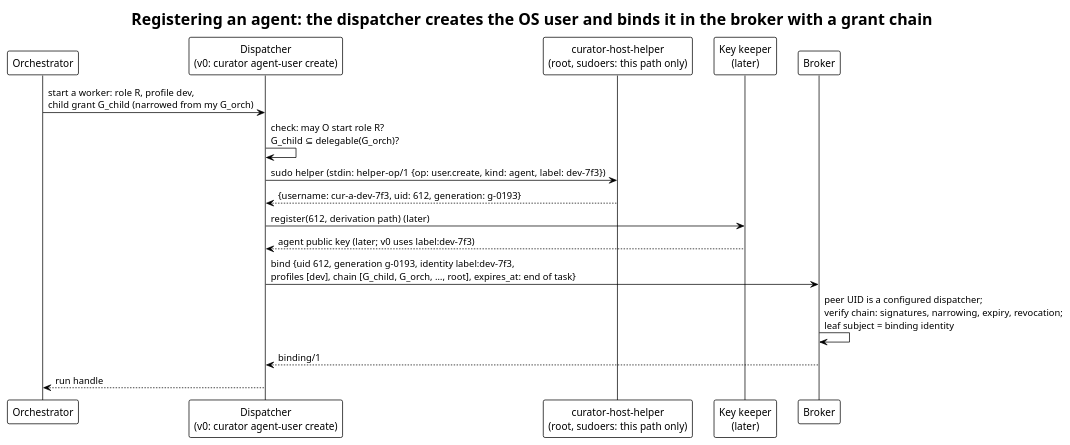
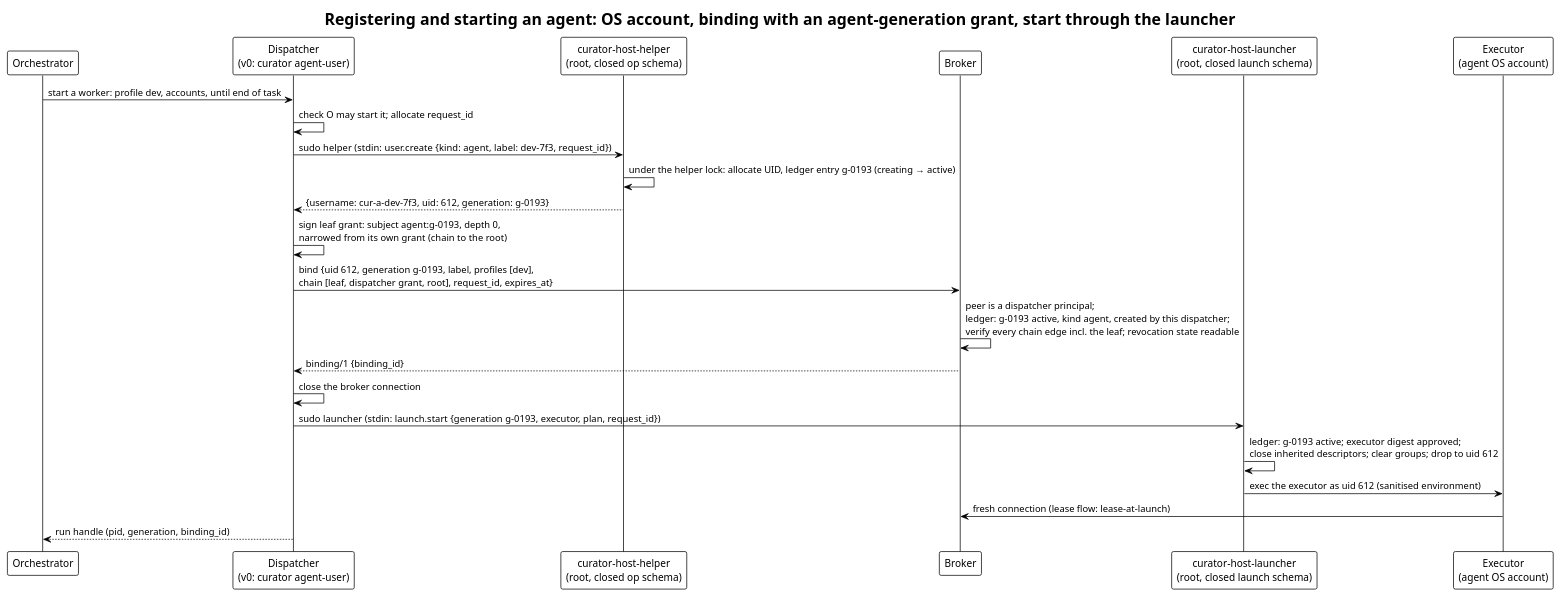
One commit to relux-works/curator-credential-broker changed the diagram in diagrams/agent-registration.puml. Above: the diagram before and after it, drawn with PlantUML. The commit also changed 5 other files, not shown here.

First line of the commit message:
Revise the broker specification after the architecture review (v0.2)

```diff
--- a/diagrams/agent-registration.puml
+++ b/diagrams/agent-registration.puml
@@ -1,21 +1,27 @@
 @startuml agent-registration
 !theme plain
-title Registering an agent: the dispatcher creates the OS user and binds it in the broker with a grant chain
+title Registering and starting an agent: OS account, binding with an agent-generation grant, start through the launcher
 
 participant "Orchestrator" as O
-participant "Dispatcher\n(v0: curator agent-user create)" as D
-participant "curator-host-helper\n(root, sudoers: this path only)" as H
-participant "Key keeper\n(later)" as K
+participant "Dispatcher\n(v0: curator agent-user)" as D
+participant "curator-host-helper\n(root, closed op schema)" as H
 participant "Broker" as B
+participant "curator-host-launcher\n(root, closed launch schema)" as L
+participant "Executor\n(agent OS account)" as E
 
-O -> D: start a worker: role R, profile dev,\nchild grant G_child (narrowed from my G_orch)
-D -> D: check: may O start role R?\nG_child ⊆ delegable(G_orch)?
-D -> H: sudo helper  (stdin: helper-op/1 {op: user.create, kind: agent, label: dev-7f3})
+O -> D: start a worker: profile dev, accounts, until end of task
+D -> D: check O may start it; allocate request_id
+D -> H: sudo helper  (stdin: user.create {kind: agent, label: dev-7f3, request_id})
+H -> H: under the helper lock: allocate UID, ledger entry g-0193 (creating → active)
 H --> D: {username: cur-a-dev-7f3, uid: 612, generation: g-0193}
-D -> K: register(612, derivation path)  (later)
-K --> D: agent public key (later; v0 uses label:dev-7f3)
-D -> B: bind {uid 612, generation g-0193, identity label:dev-7f3,\nprofiles [dev], chain [G_child, G_orch, …, root], expires_at: end of task}
-B -> B: peer UID is a configured dispatcher;\nverify chain: signatures, narrowing, expiry, revocation;\nleaf subject = binding identity
-B --> D: binding/1
-D --> O: run handle
+D -> D: sign leaf grant: subject agent:g-0193, depth 0,\nnarrowed from its own grant (chain to the root)
+D -> B: bind {uid 612, generation g-0193, label, profiles [dev],\nchain [leaf, dispatcher grant, root], request_id, expires_at}
+B -> B: peer is a dispatcher principal;\nledger: g-0193 active, kind agent, created by this dispatcher;\nverify every chain edge incl. the leaf; revocation state readable
+B --> D: binding/1 {binding_id}
+D -> D: close the broker connection
+D -> L: sudo launcher  (stdin: launch.start {generation g-0193, executor, plan, request_id})
+L -> L: ledger: g-0193 active; executor digest approved;\nclose inherited descriptors; clear groups; drop to uid 612
+L -> E: exec the executor as uid 612 (sanitised environment)
+E -> B: fresh connection (lease flow: lease-at-launch)
+D --> O: run handle (pid, generation, binding_id)
 @enduml
```
